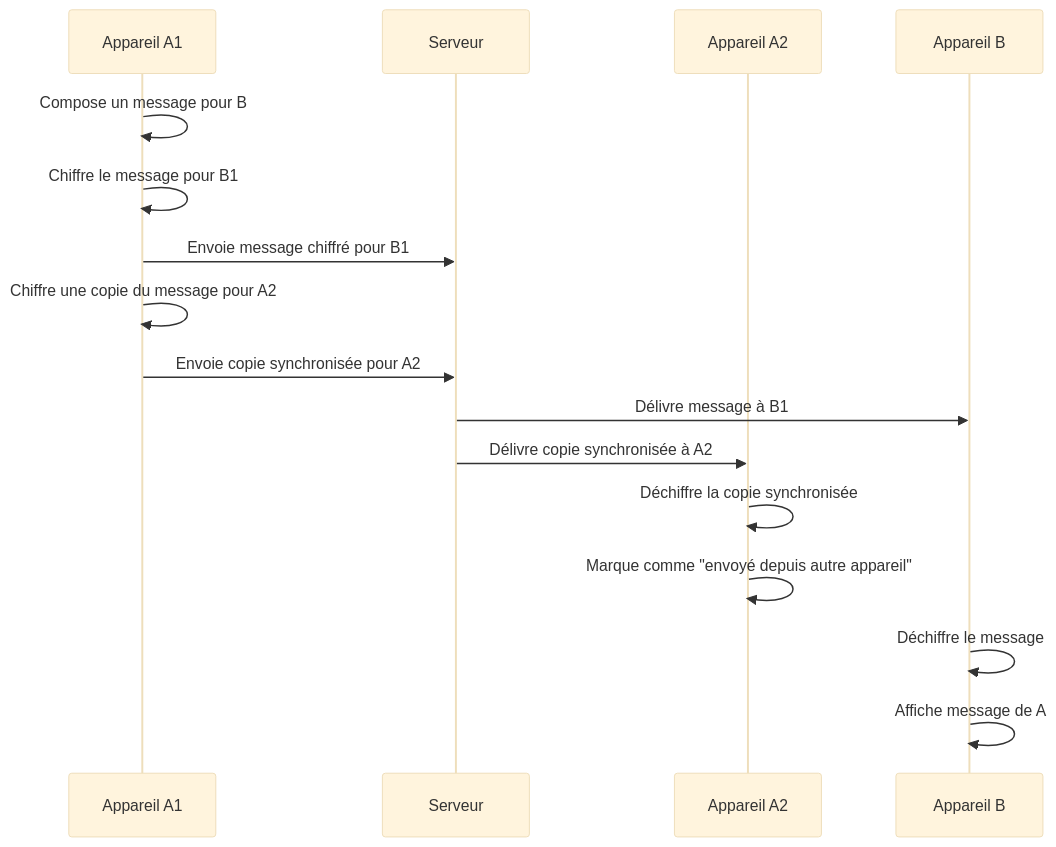
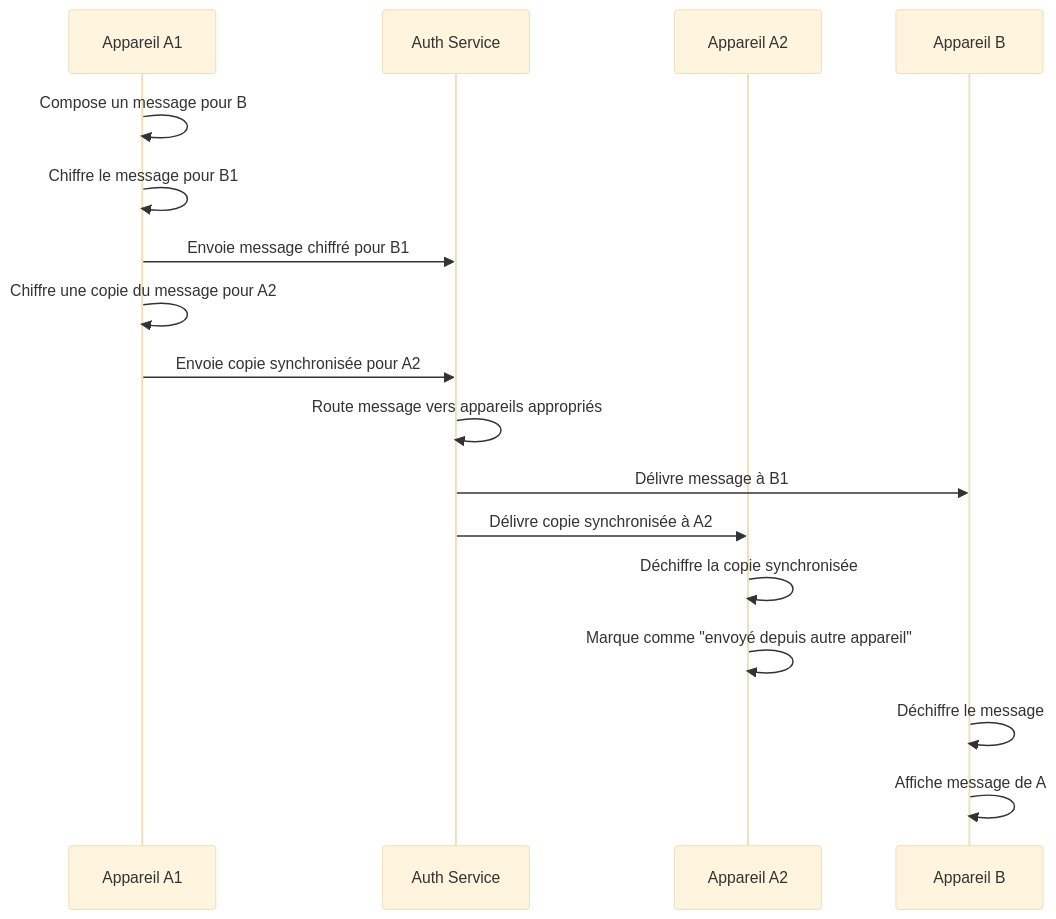
The tenth of 13 diagrams in documentation/2_fonctional_specs/4_encryption_end_to_end.md (whispr-messenger/auth-service), drawn with Mermaid (base theme) before and after one commit. The commit also changed other lines of this file and 4 other files, not shown here.

Commit message:
📝 Update devices data managed by auth service

````diff
--- a/documentation/2_fonctional_specs/4_encryption_end_to_end.md
+++ b/documentation/2_fonctional_specs/4_encryption_end_to_end.md
@@ -487,23 +513,24 @@
 ```mermaid
 sequenceDiagram
     participant A1 as Appareil A1
-    participant S as Serveur
+    participant AuthService as Auth Service
     participant A2 as Appareil A2
     participant B1 as Appareil B
     
     A1->>A1: Compose un message pour B
     A1->>A1: Chiffre le message pour B1
-    A1->>S: Envoie message chiffré pour B1
+    A1->>AuthService: Envoie message chiffré pour B1
     
     A1->>A1: Chiffre une copie du message pour A2
-    A1->>S: Envoie copie synchronisée pour A2
+    A1->>AuthService: Envoie copie synchronisée pour A2
     
-    S->>B1: Délivre message à B1
-    S->>A2: Délivre copie synchronisée à A2
+    AuthService->>AuthService: Route message vers appareils appropriés
+    AuthService->>B1: Délivre message à B1
+    AuthService->>A2: Délivre copie synchronisée à A2
     
     A2->>A2: Déchiffre la copie synchronisée
     A2->>A2: Marque comme "envoyé depuis autre appareil"
     
     B1->>B1: Déchiffre le message
     B1->>B1: Affiche message de A
 ```
````
